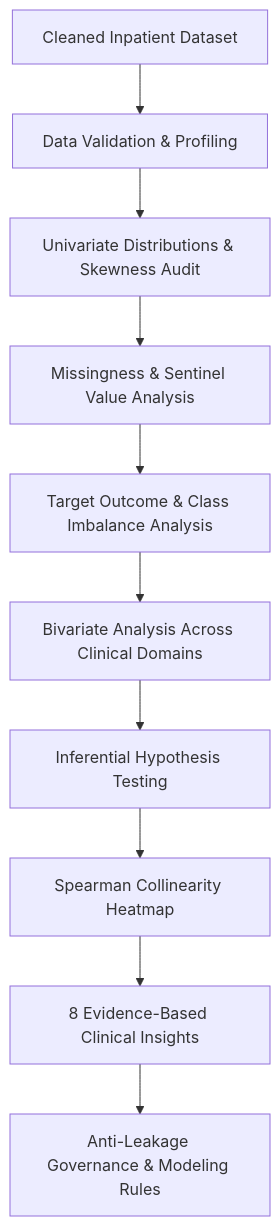
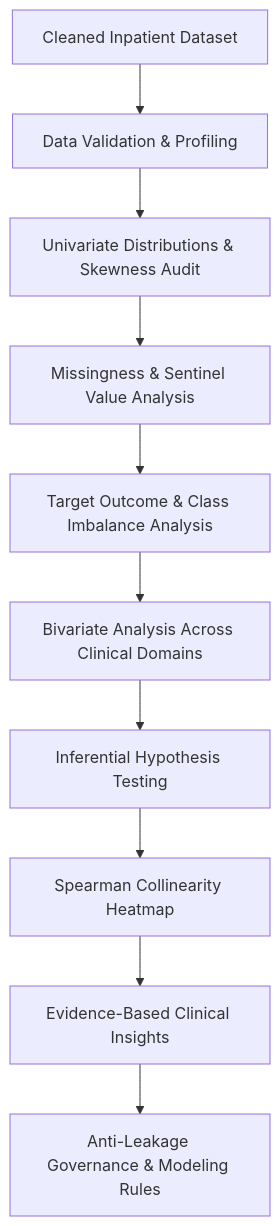
Before and after one commit to AbhijeetArunGore/SWYNEX-Data-Science-Internship: the diagram in README.md, drawn with Mermaid. The commit also changed other lines of this file, not shown here.

````diff
--- a/README.md
+++ b/README.md
@@ -102,12 +168,12 @@
 ```mermaid
 graph TD
     A[Cleaned Inpatient Dataset] --> B[Data Validation & Profiling]
     B --> C[Univariate Distributions & Skewness Audit]
     C --> D[Missingness & Sentinel Value Analysis]
     D --> E[Target Outcome & Class Imbalance Analysis]
     E --> F[Bivariate Analysis Across Clinical Domains]
     F --> G[Inferential Hypothesis Testing]
     G --> H[Spearman Collinearity Heatmap]
-    H --> I[8 Evidence-Based Clinical Insights]
+    H --> I[Evidence-Based Clinical Insights]
     I --> J[Anti-Leakage Governance & Modeling Rules]
 ```
````
